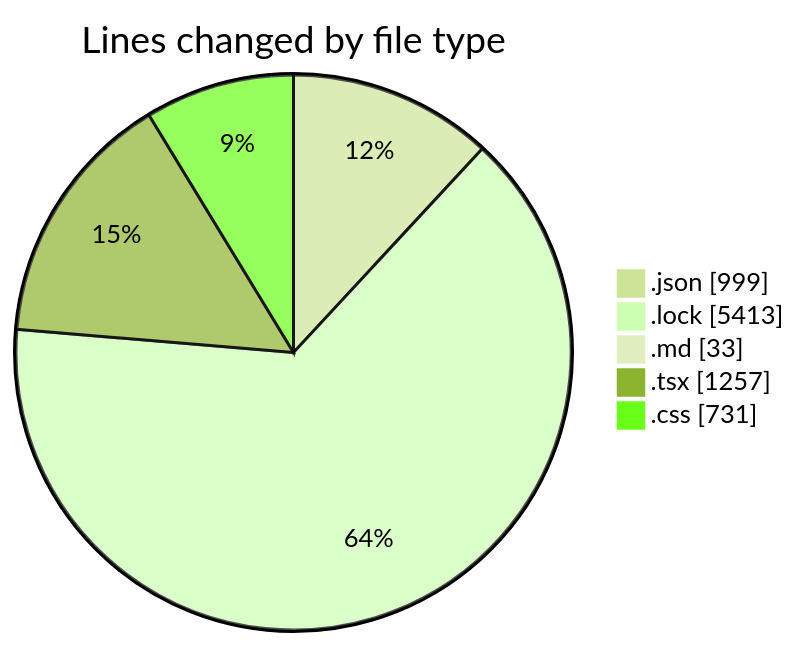
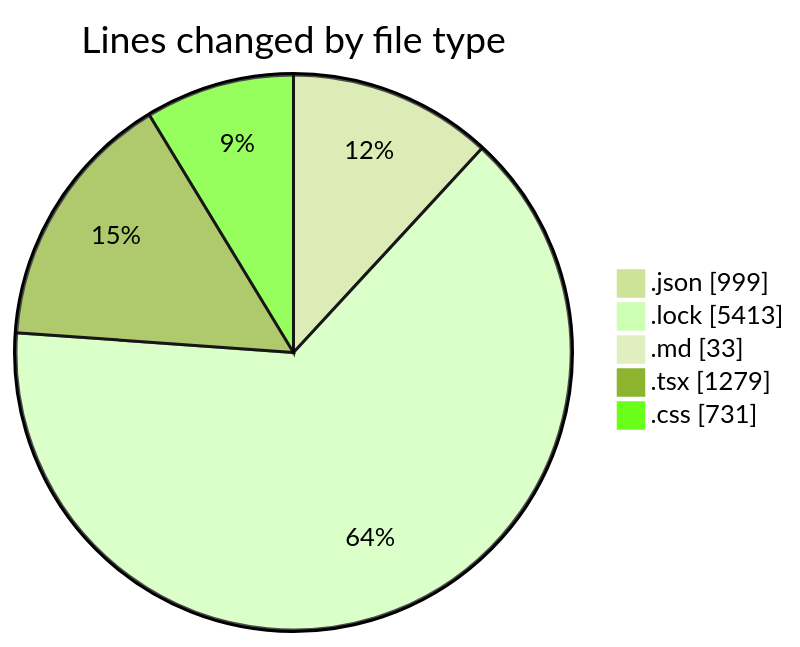
The first of 2 diagrams in 2025-08-11/ribbon/README.md (EIIisD/code-tracking), drawn with Mermaid (forest theme) before and after one commit. The commit also changed other lines of this file and 1 other file, not shown here.

````diff
--- a/2025-08-11/ribbon/README.md
+++ b/2025-08-11/ribbon/README.md
@@ -40,9 +40,9 @@
 ```mermaid
 pie showData
 title Lines changed by file type
 ".json" : 999
 ".lock" : 5413
 ".md" : 33
-".tsx" : 1257
+".tsx" : 1279
 ".css" : 731
 ```
````
